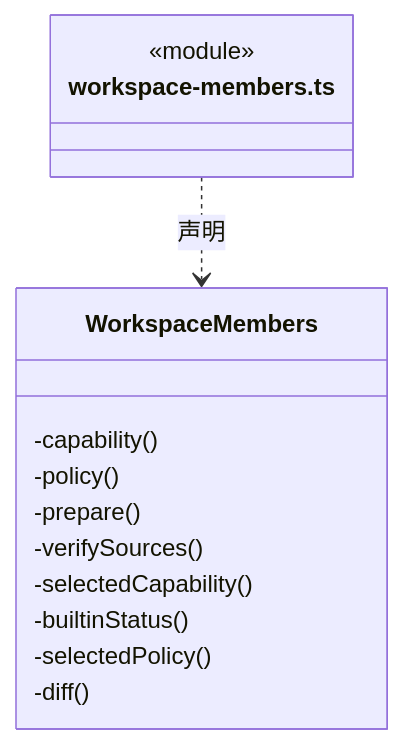
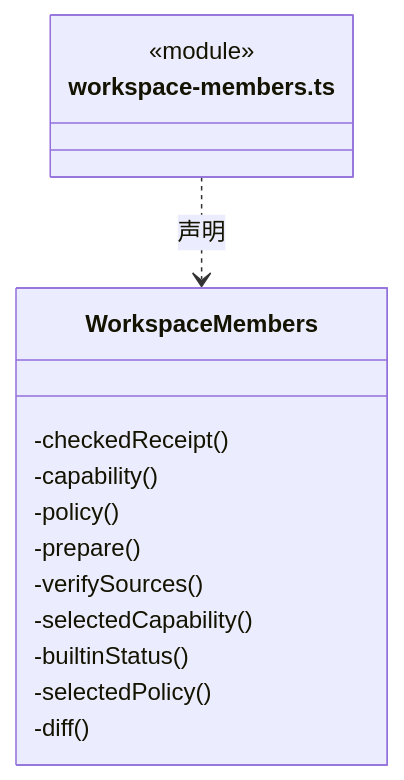
The third of 4 diagrams in src/logic/team/service/ARCHITECTURE.md (nan023062/cbim), drawn with Mermaid before and after one commit. The commit also changed other lines of this file and 139 other files, not shown here.

Commit message:
docs(architecture): add source reading paths and complete file inventories

````diff
--- a/src/logic/team/service/ARCHITECTURE.md
+++ b/src/logic/team/service/ARCHITECTURE.md
@@ -74,17 +78,18 @@
 ```mermaid
 classDiagram
 class N_src_logic_team_service_workspace_members_ts["workspace-members.ts"] {
   <<module>>
 }
 class N_src_logic_team_service_workspace_members_ts_WorkspaceMembers["WorkspaceMembers"] {
+  -checkedReceipt()
   -capability()
   -policy()
   -prepare()
   -verifySources()
   -selectedCapability()
   -builtinStatus()
   -selectedPolicy()
   -diff()
 }
 N_src_logic_team_service_workspace_members_ts ..> N_src_logic_team_service_workspace_members_ts_WorkspaceMembers : 声明
 ```
````
